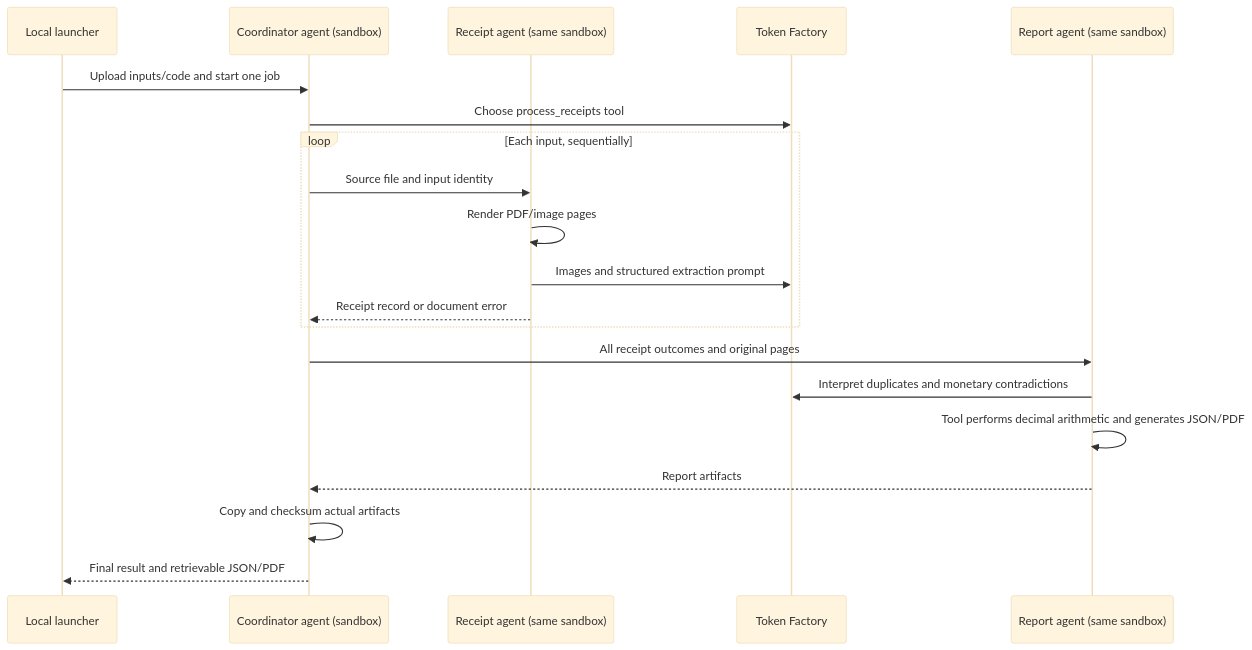
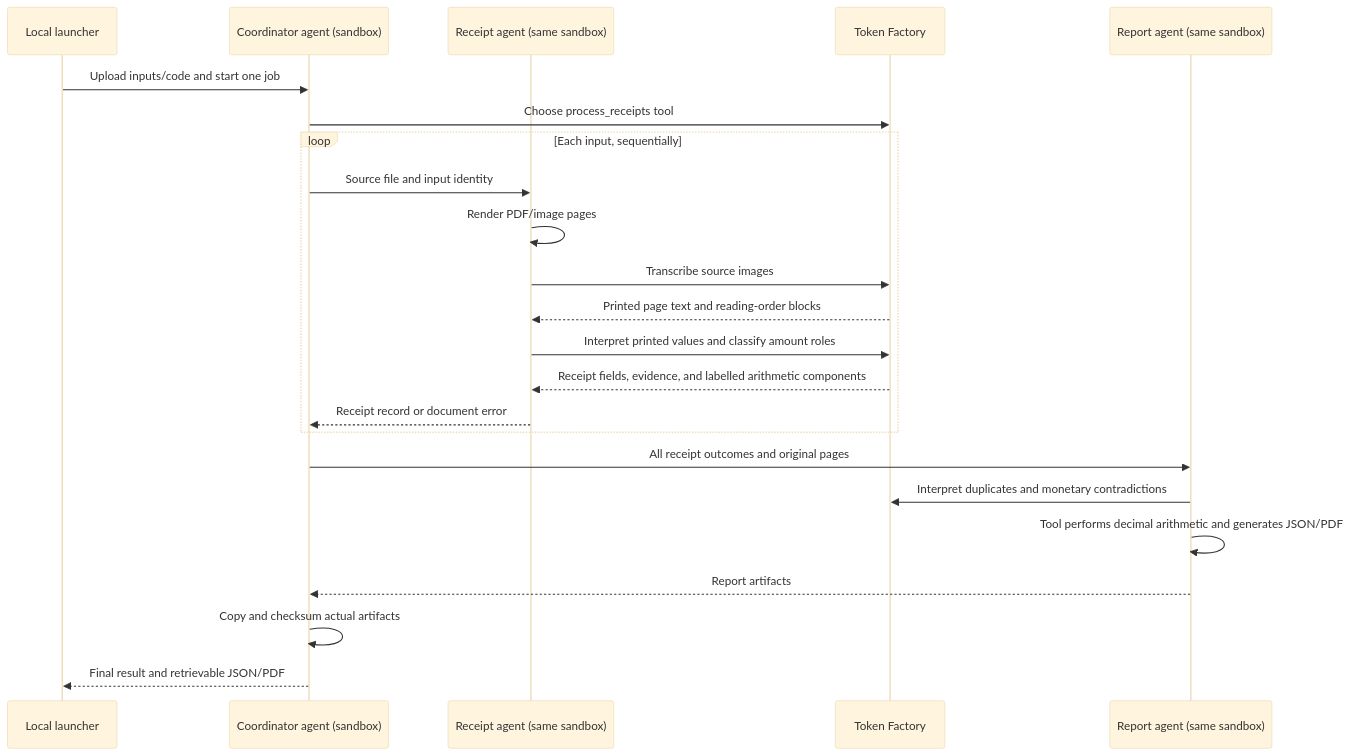
The diagram in docs/receipt-demo.md (kreuzhofer/nebius-token-factory-sandbox-demos), drawn with Mermaid (base theme) before and after one commit. The commit also changed other lines of this file and 4 other files, not shown here.

Commit message:
Interpret extracted receipt values before deterministic reconciliation

````diff
--- a/docs/receipt-demo.md
+++ b/docs/receipt-demo.md
@@ -45,22 +45,25 @@
 ```mermaid
 sequenceDiagram
     participant L as Local launcher
     participant C as Coordinator agent (sandbox)
     participant R as Receipt agent (same sandbox)
     participant T as Token Factory
     participant P as Report agent (same sandbox)
     L->>C: Upload inputs/code and start one job
     C->>T: Choose process_receipts tool
     loop Each input, sequentially
         C->>R: Source file and input identity
         R->>R: Render PDF/image pages
-        R->>T: Images and structured extraction prompt
+        R->>T: Transcribe source images
+        T-->>R: Printed page text and reading-order blocks
+        R->>T: Interpret printed values and classify amount roles
+        T-->>R: Receipt fields, evidence, and labelled arithmetic components
         R-->>C: Receipt record or document error
     end
     C->>P: All receipt outcomes and original pages
     P->>T: Interpret duplicates and monetary contradictions
     P->>P: Tool performs decimal arithmetic and generates JSON/PDF
     P-->>C: Report artifacts
     C->>C: Copy and checksum actual artifacts
     C-->>L: Final result and retrievable JSON/PDF
 ```
````
